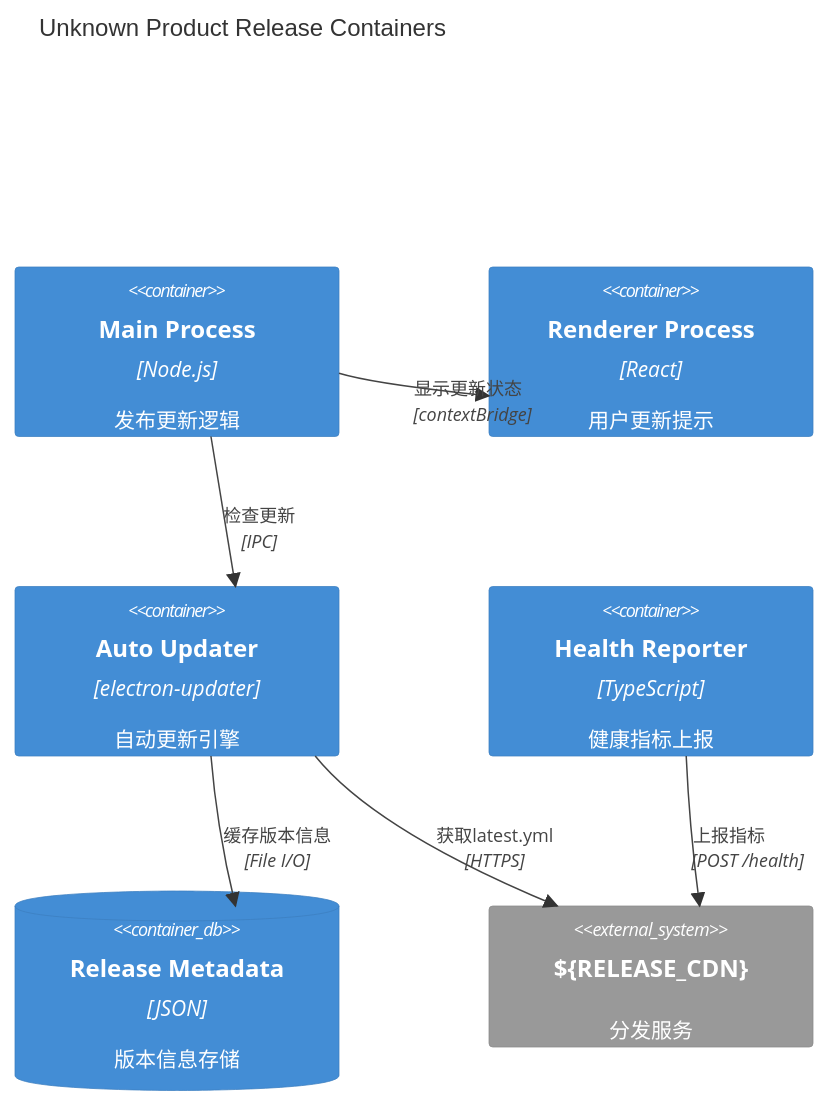
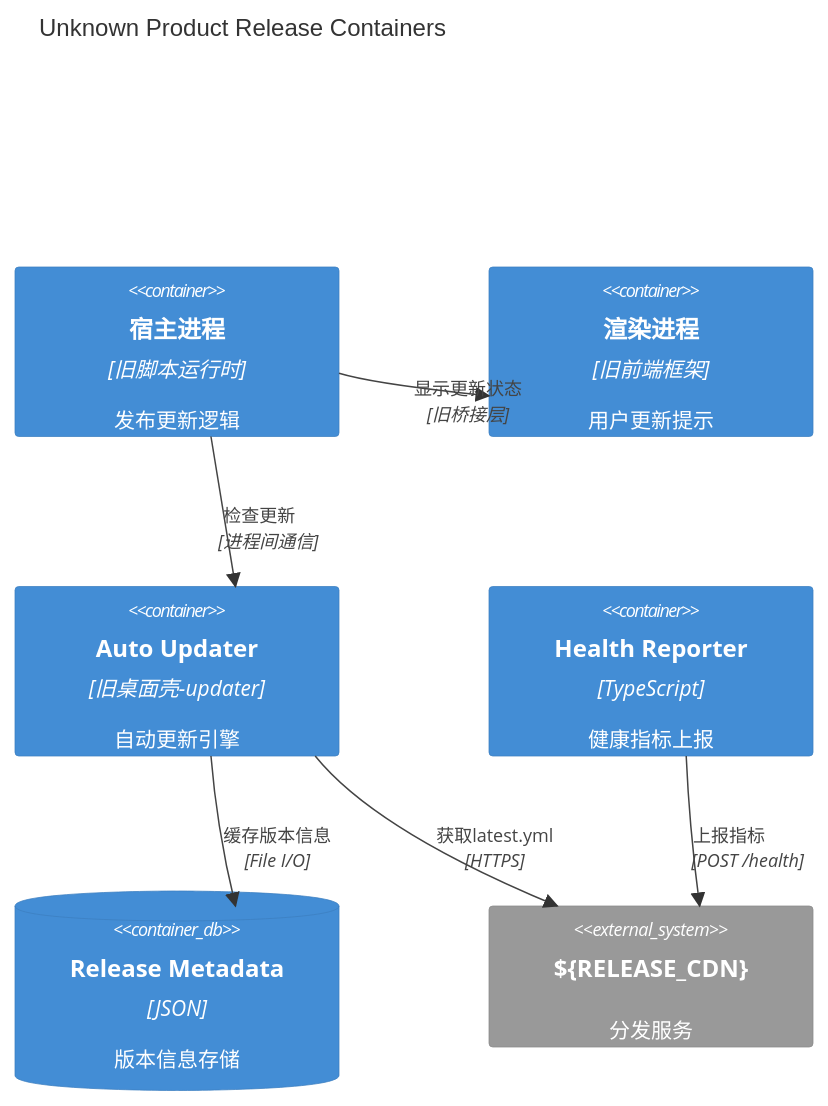
One commit to skyoxu/rouge changed the second of 2 diagrams in docs/architecture/base/10-i18n-ops-release-v2.md. Above: the diagram before and after it, drawn with Mermaid. The commit also changed other lines of this file and 96 other files, not shown here.

Commit message:
docs(architecture): converge base/ADR docs and add PRD-rouge-manager overlays

````diff
--- a/docs/architecture/base/10-i18n-ops-release-v2.md
+++ b/docs/architecture/base/10-i18n-ops-release-v2.md
@@ -35,16 +35,16 @@
 ```mermaid
 C4Container
     title Unknown Product Release Containers
-    Container(main, "Main Process", "Node.js", "发布更新逻辑")
-    Container(renderer, "Renderer Process", "React", "用户更新提示")
-    Container(updater, "Auto Updater", "electron-updater", "自动更新引擎")
+    Container(main, "宿主进程", "旧脚本运行时", "发布更新逻辑")
+    Container(renderer, "渲染进程", "旧前端框架", "用户更新提示")
+    Container(updater, "Auto Updater", "旧桌面壳-updater", "自动更新引擎")
     Container(notifier, "Health Reporter", "TypeScript", "健康指标上报")
     ContainerDb(metadata, "Release Metadata", "JSON", "版本信息存储")
     System_Ext(cdn, "${RELEASE_CDN}", "分发服务")
 
-    Rel(main, updater, "检查更新", "IPC")
+    Rel(main, updater, "检查更新", "进程间通信")
     Rel(updater, cdn, "获取latest.yml", "HTTPS")
-    Rel(main, renderer, "显示更新状态", "contextBridge")
+    Rel(main, renderer, "显示更新状态", "旧桥接层")
     Rel(notifier, cdn, "上报指标", "POST /health")
     Rel(updater, metadata, "缓存版本信息", "File I/O")
 ```
````
